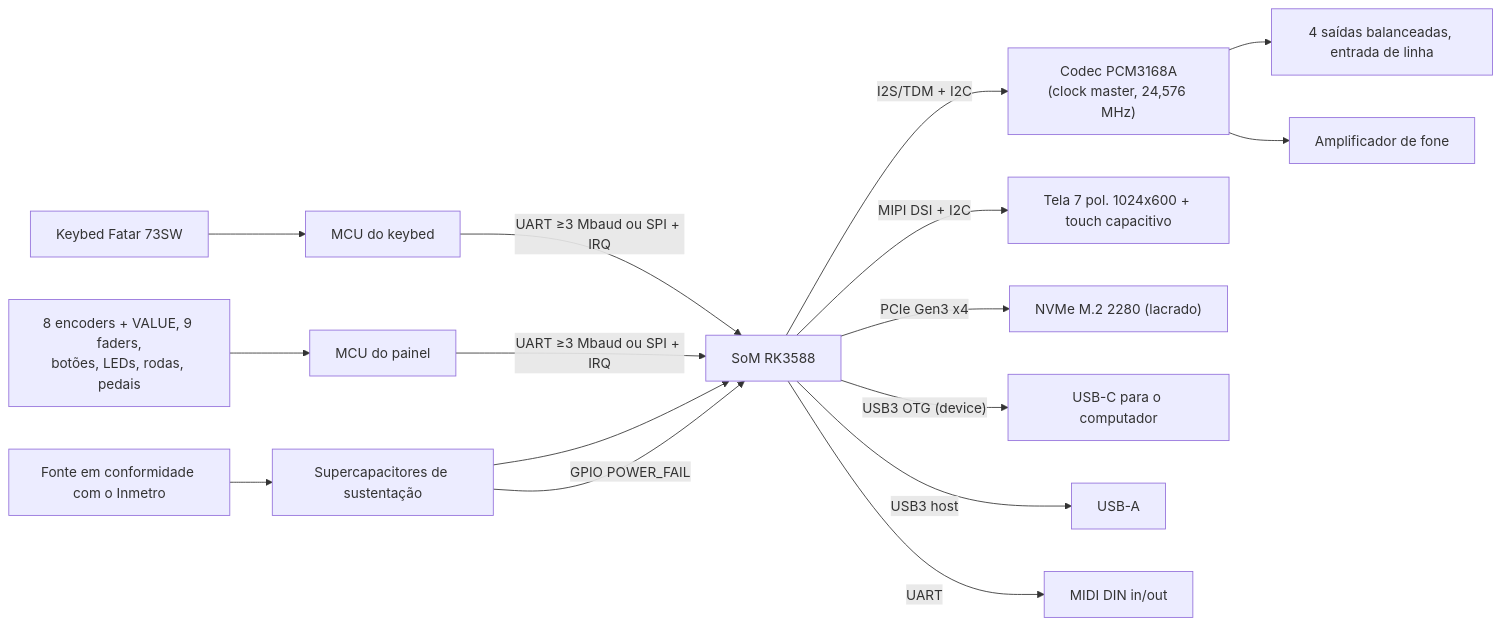
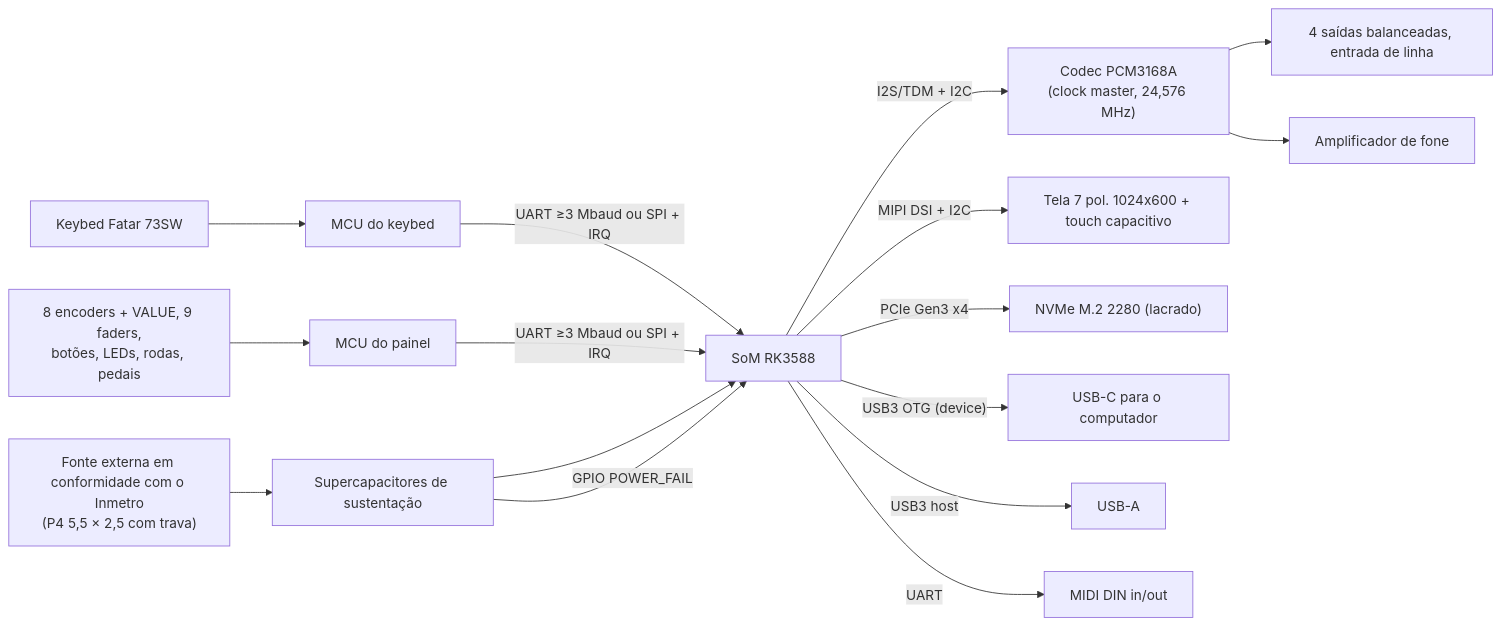
Before and after one commit to mateusbueno/buenos-x64-workstation: the diagram in _bmad-output/planning-artifacts/architecture/architecture-buenos-x64-workstation-2026-10-17/HARDWARE-INTERFACES.pt-BR.md, drawn with Mermaid. The commit also changed other lines of this file and 11 other files, not shown here.

````diff
--- a/_bmad-output/planning-artifacts/architecture/architecture-buenos-x64-workstation-2026-10-17/HARDWARE-INTERFACES.pt-BR.md
+++ b/_bmad-output/planning-artifacts/architecture/architecture-buenos-x64-workstation-2026-10-17/HARDWARE-INTERFACES.pt-BR.md
@@ -12,17 +12,17 @@
 ```mermaid
 flowchart LR
   KB["Keybed Fatar 73SW"] --> KMCU["MCU do keybed"]
   PANEL["8 encoders + VALUE, 9 faders,<br/>botões, LEDs, rodas, pedais"] --> PMCU["MCU do painel"]
   KMCU -- "UART ≥3 Mbaud ou SPI + IRQ" --> SOM["SoM RK3588"]
   PMCU -- "UART ≥3 Mbaud ou SPI + IRQ" --> SOM
   SOM -- "I2S/TDM + I2C" --> CODEC["Codec PCM3168A<br/>(clock master, 24,576 MHz)"]
   CODEC --> OUT["4 saídas balanceadas, entrada de linha"]
   CODEC --> HP["Amplificador de fone"]
   SOM -- "MIPI DSI + I2C" --> LCD["Tela 7 pol. 1024x600 + touch capacitivo"]
   SOM -- "PCIe Gen3 x4" --> NVME["NVMe M.2 2280 (lacrado)"]
   SOM -- "USB3 OTG (device)" --> USBC["USB-C para o computador"]
   SOM -- "USB3 host" --> USBA["USB-A"]
   SOM -- "UART" --> MIDI["MIDI DIN in/out"]
-  PSU["Fonte em conformidade com o Inmetro"] --> HOLD["Supercapacitores de sustentação"] --> SOM
+  PSU["Fonte externa em conformidade com o Inmetro<br/>(P4 5,5 × 2,5 com trava)"] --> HOLD["Supercapacitores de sustentação"] --> SOM
   HOLD -- "GPIO POWER_FAIL" --> SOM
 ```
````
